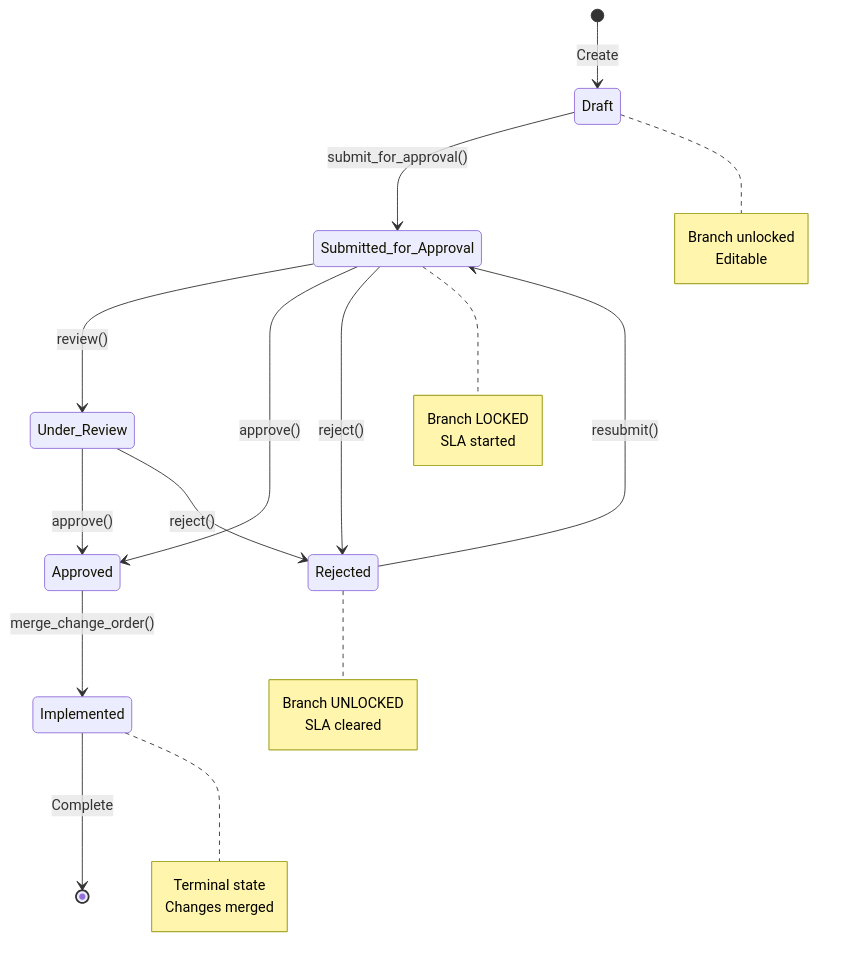
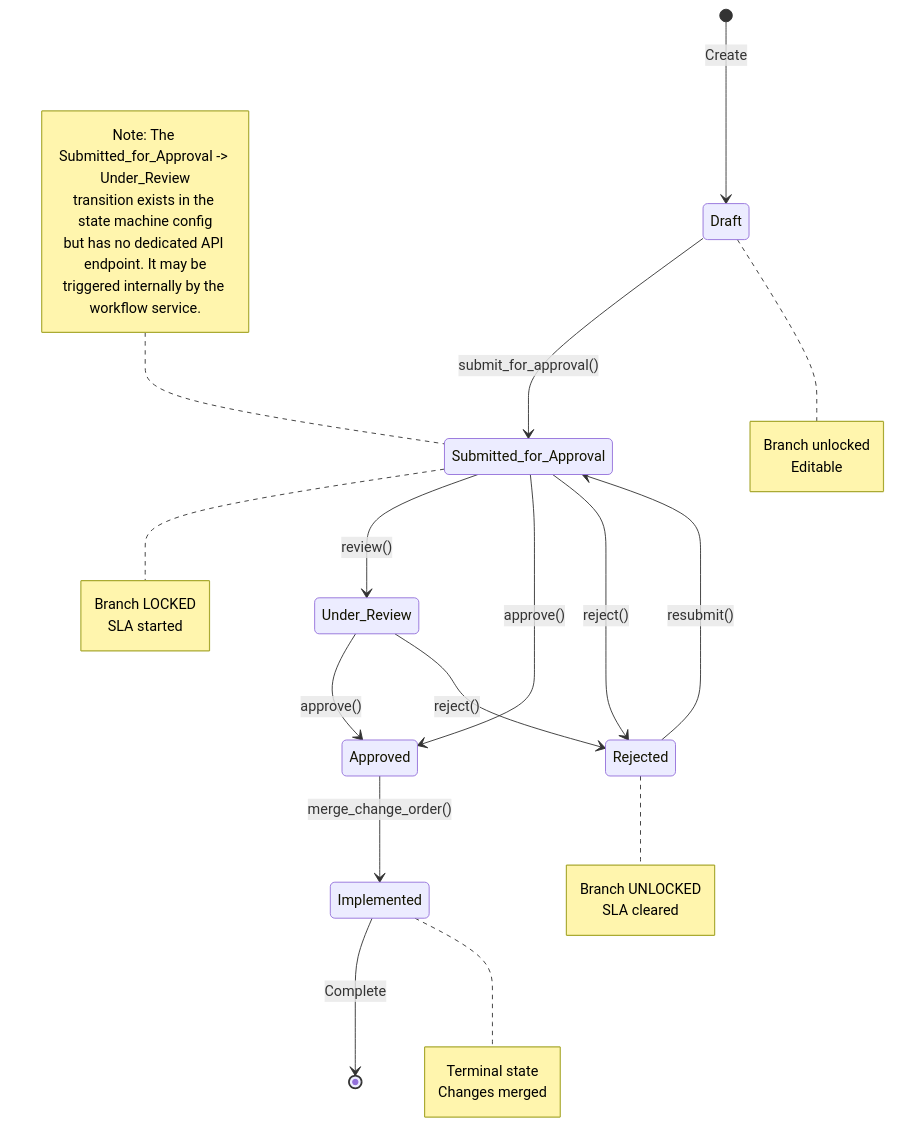
Before and after one commit to ogghst/backcast: the second of 5 diagrams in docs/05-user-guide/change-order-workflow-guide.md, drawn with Mermaid. The commit also changed other lines of this file and 17 other files, not shown here.

First line of the commit message:
docs: sync user guides and architecture docs with current entity model

````diff
--- a/docs/05-user-guide/change-order-workflow-guide.md
+++ b/docs/05-user-guide/change-order-workflow-guide.md
@@ -154,33 +175,40 @@
 ```mermaid
 stateDiagram-v2
     [*] --> Draft: Create
     Draft --> Submitted_for_Approval: submit_for_approval()
     Submitted_for_Approval --> Under_Review: review()
     Submitted_for_Approval --> Approved: approve()
     Submitted_for_Approval --> Rejected: reject()
     Under_Review --> Approved: approve()
     Under_Review --> Rejected: reject()
+
+    note left of Submitted_for_Approval
+        Note: The Submitted_for_Approval -> Under_Review
+        transition exists in the state machine config
+        but has no dedicated API endpoint. It may be
+        triggered internally by the workflow service.
+    end note
     Rejected --> Submitted_for_Approval: resubmit()
     Approved --> Implemented: merge_change_order()
     Implemented --> [*]: Complete
 
     note right of Draft
         Branch unlocked
         Editable
     end note
 
     note right of Submitted_for_Approval
         Branch LOCKED
         SLA started
     end note
 
     note right of Rejected
         Branch UNLOCKED
         SLA cleared
     end note
 
     note right of Implemented
         Terminal state
         Changes merged
     end note
 ```
````
